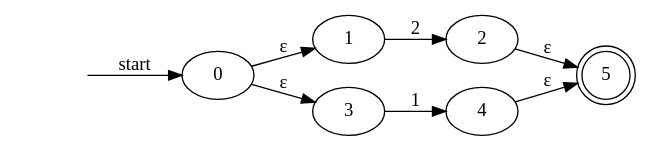
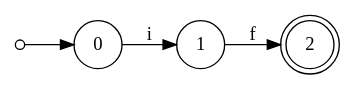
The diagram in nfa0.gv (EstebanAG1005/LaboratorioC-Lenguajes), drawn with Graphviz before and after one commit. The commit also changed 21 other files, not shown here.

```diff
--- a/nfa0.gv
+++ b/nfa0.gv
@@ -1,16 +1,10 @@
 digraph {
-	graph [rankdir=LR]
-	"" [shape=none style=invisible]
-	"" -> 0 [label=start]
-	1 [label=1]
-	2 [label=2]
-	3 [label=3]
-	4 [label=4]
-	5 [label=5 shape=doublecircle]
-	0 -> 1 [label="ε"]
-	0 -> 3 [label="ε"]
-	1 -> 2 [label=2]
-	3 -> 4 [label=1]
-	2 -> 5 [label="ε"]
-	4 -> 5 [label="ε"]
+	rankdir=LR size="8,5"
+	node [shape=doublecircle]
+	2
+	node [shape=circle]
+	start [label="" height=0.1 width=0.1]
+	start -> 0 [label=""]
+	0 -> 1 [label=i]
+	1 -> 2 [label=f]
 }
```
